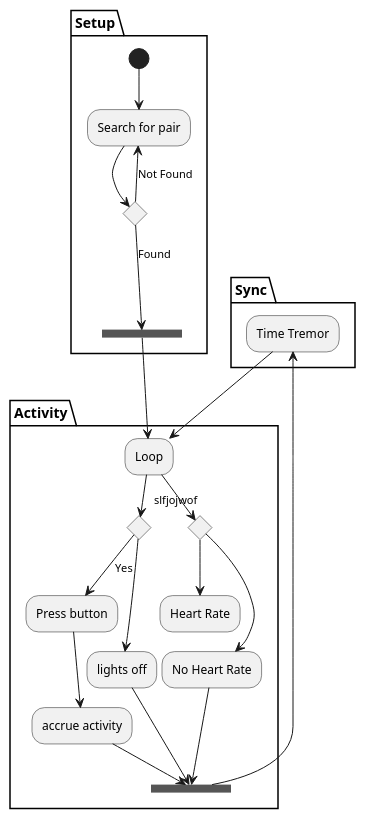
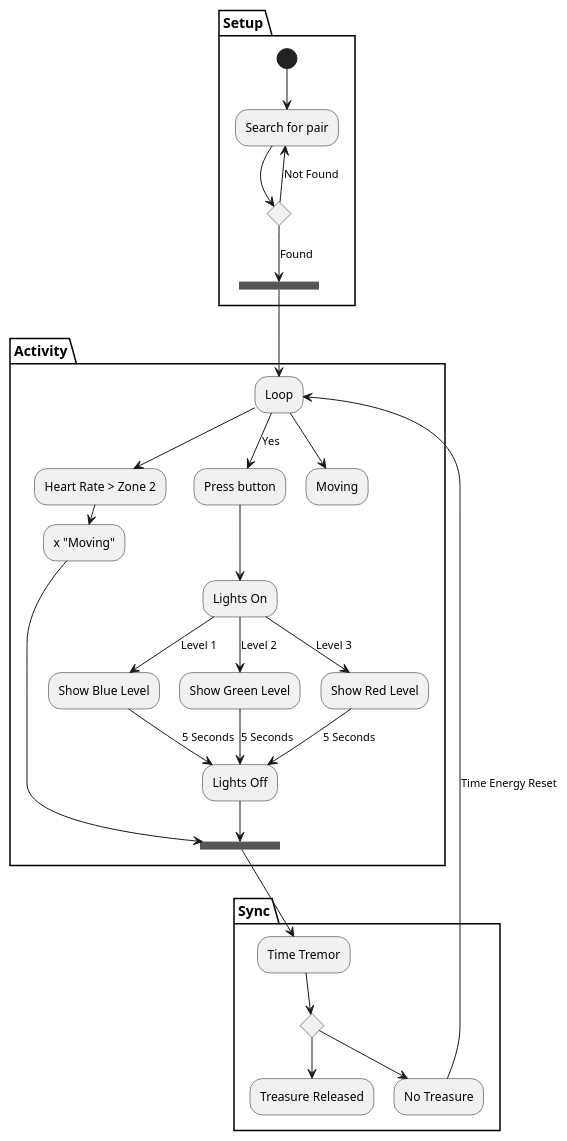
One commit to MGDS-PET/UML-Diagrams changed the diagram in infinityband.pu. Above: the diagram before and after it, drawn with PlantUML.

Commit message:
activity diagram in decent state

```diff
--- a/infinityband.pu
+++ b/infinityband.pu
@@ -1,45 +1,51 @@
 @startuml
 
 skinparam monochrome true
 
 
 partition Setup {
 (*) --> "Search for pair"
 --> if "" then
 --> [Found] === A1 ===
 else
 -->[Not Found] "Search for pair"
 endif
 
 }
 
 partition Activity {
 === A1 === --> Loop
 
-If "slfjojwof"
 -->[Yes] "Press button"
---> "accrue activity"
---> === S1 ===
-else
---> "lights off"
-Endif
-
+--> "Lights On"
+"Lights On"-->[Level 1] "Show Blue Level"
+"Lights On"-->[Level 2] "Show Green Level"
+"Lights On"-->[Level 3] "Show Red Level"
+-->[5 Seconds] "Lights Off"
+"Show Blue Level" -->[5 Seconds] "Lights Off"
+"Show Green Level" -->[5 Seconds] "Lights Off"
 --> === S1 ===
 
-Loop if "" then 
---> "Heart Rate"
-else
---> "No Heart Rate"
-endif
+Loop --> "Moving"
+Loop --> "Heart Rate > Zone 2" 
+->x "Moving"
+
 --> === S1 ===
 
 
 
 }
 
 partition Sync {
 === S1 === --> "Time Tremor"
---> Loop
+
+--> if "" then 
+--> "Treasure Released"
+else
+--> "No Treasure" 
+endif
+
+-->[Time Energy Reset] Loop
 }
 
 @enduml
```
